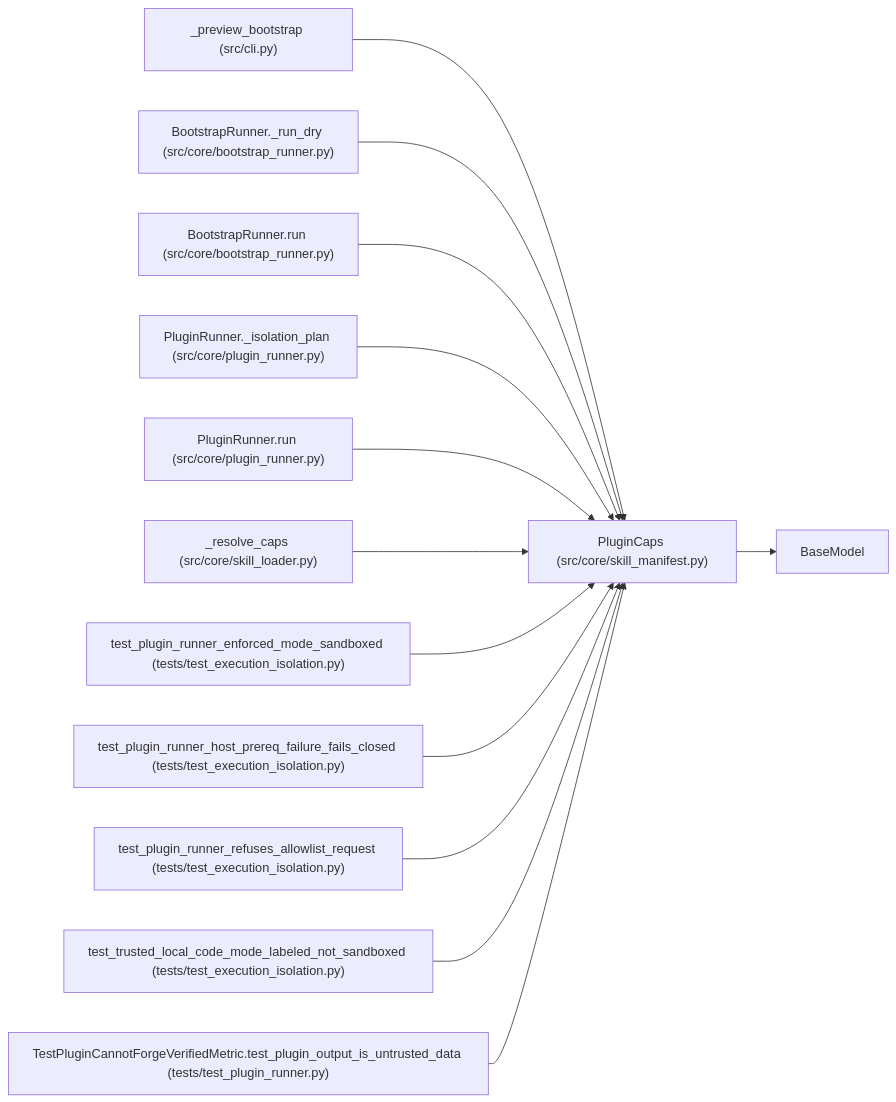
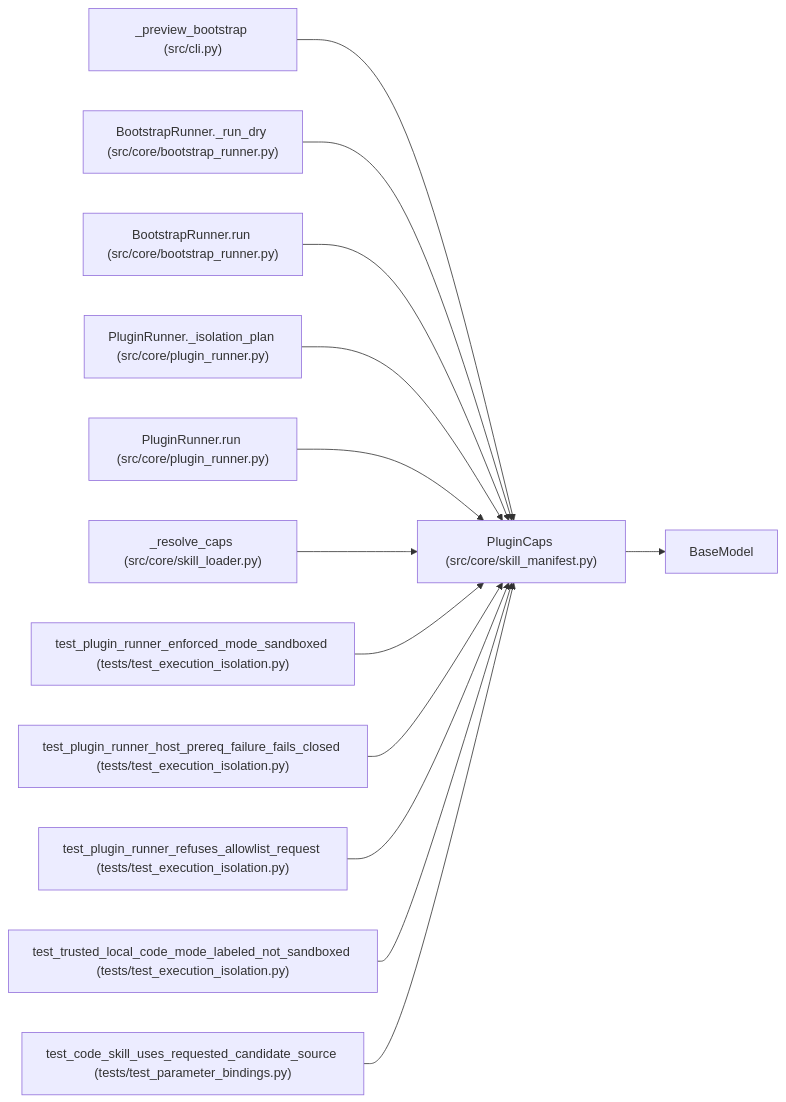
Before and after one commit to Denissvgn/autoresearch-agent: the diagram in docs/llm_wiki/entities/PluginCaps.md, drawn with Mermaid. The commit also changed other lines of this file and 38 other files, not shown here.

First line of the commit message:
docs(wiki): sync pages for skill parameter binding

````diff
--- a/docs/llm_wiki/entities/PluginCaps.md
+++ b/docs/llm_wiki/entities/PluginCaps.md
@@ -49,40 +49,40 @@
 ```mermaid
 flowchart LR
     n0["PluginCaps (src/core/skill_manifest.py)"]
     n1["BaseModel"]
     n2["_preview_bootstrap (src/cli.py)"]
     n3["BootstrapRunner._run_dry (src/core/bootstrap_runner.py)"]
     n4["BootstrapRunner.run (src/core/bootstrap_runner.py)"]
     n5["PluginRunner._isolation_plan (src/core/plugin_runner.py)"]
     n6["PluginRunner.run (src/core/plugin_runner.py)"]
     n7["_resolve_caps (src/core/skill_loader.py)"]
     n8["test_plugin_runner_enforced_mode_sandboxed (tests/test_execution_isolation.py)"]
     n9["test_plugin_runner_host_prereq_failure_fails_closed (tests/test_execution_isolation.py)"]
     n10["test_plugin_runner_refuses_allowlist_request (tests/test_execution_isolation.py)"]
     n11["test_trusted_local_code_mode_labeled_not_sandboxed (tests/test_execution_isolation.py)"]
-    n12["TestPluginCannotForgeVerifiedMetric.test_plugin_output_is_untrusted_data (tests/test_plugin_runner.py)"]
+    n12["test_code_skill_uses_requested_candidate_source (tests/test_parameter_bindings.py)"]
     n0 --> n1
     n2 --> n0
     n3 --> n0
     n4 --> n0
     n5 --> n0
     n6 --> n0
     n7 --> n0
     n8 --> n0
     n9 --> n0
     n10 --> n0
     n11 --> n0
     n12 --> n0
     click n0 "../modules/skill_manifest.md"
     click n2 "../modules/cli.md"
     click n3 "../modules/bootstrap_runner.md"
     click n4 "../modules/bootstrap_runner.md"
     click n5 "../modules/plugin_runner.md"
     click n6 "../modules/plugin_runner.md"
     click n7 "../modules/skill_loader.md"
     click n8 "../modules/test_execution_isolation.md"
     click n9 "../modules/test_execution_isolation.md"
     click n10 "../modules/test_execution_isolation.md"
     click n11 "../modules/test_execution_isolation.md"
-    click n12 "../modules/test_plugin_runner.md"
+    click n12 "../modules/test_parameter_bindings.md"
 ```
````
